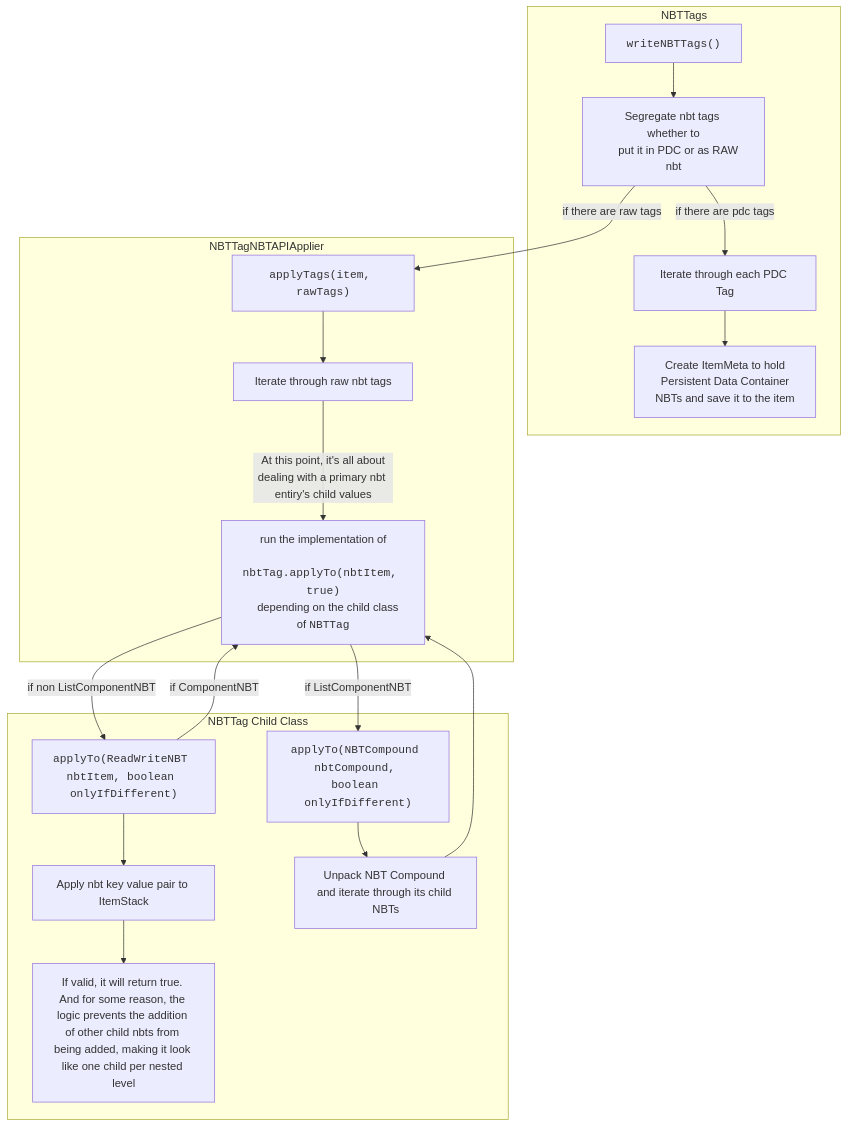
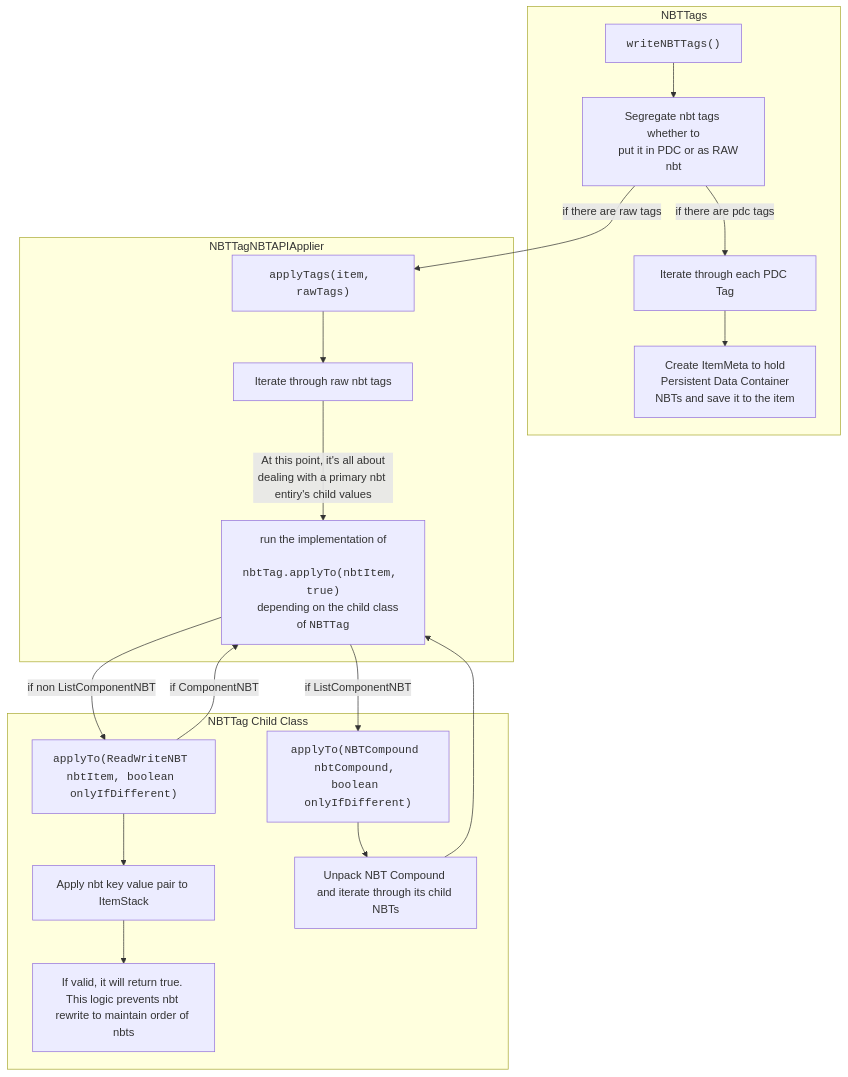
One commit to Ssomar-Developement/SCore-Documentation changed the second of 2 diagrams in docs/score/execution_flows/processing_nbt_to_items.md. Above: the diagram before and after it, drawn with Mermaid.

````diff
--- a/docs/score/execution_flows/processing_nbt_to_items.md
+++ b/docs/score/execution_flows/processing_nbt_to_items.md
@@ -280,53 +280,53 @@
 ```mermaid
 flowchart TD
   subgraph NBTTags
     writeNBTTags["<code>writeNBTTags()</code>"]
     listDownPdcRaws["Segregate nbt tags whether to
     put it in PDC or as RAW nbt"]
 
     iteratePdcTags["Iterate through each PDC Tag"]
 
     createItemMeta["Create ItemMeta to hold
     Persistent Data Container
     NBTs and save it to the item"]    
 
   end
 
   subgraph NBTTagNBTAPIApplier
     applyRawTags["<code>applyTags(item, rawTags)</code>"]
 
     iterateThroughRaws["Iterate through raw nbt tags"]
 
     applyTo["run the implementation of
     <code>nbtTag.applyTo(nbtItem, true)</code>
     depending on the child class of <code>NBTTag</code>"]
   end
 
   subgraph NBTTag Child Class
     implementedApplyTo["<code>applyTo(ReadWriteNBT nbtItem, boolean onlyIfDifferent)</code>"]
 
     applyNbtKeyVal["Apply nbt key value pair to ItemStack"]
 
     componentApplyTo["<code>applyTo(NBTCompound nbtCompound, boolean onlyIfDifferent)</code>"]
     iterateThroughChildNbts["Unpack NBT Compound and iterate through its child NBTs"]
 
-    ifValid["If valid, it will return true. And for some reason, the logic prevents the addition of other child nbts from being added, making it look like one child per nested level"]
+    ifValid["If valid, it will return true. This logic prevents nbt rewrite to maintain order of nbts"]
   end
 
   writeNBTTags --> listDownPdcRaws
   listDownPdcRaws -- "if there are pdc tags" --> iteratePdcTags
   iteratePdcTags --> createItemMeta
 
   listDownPdcRaws -- "if there are raw tags" --> applyRawTags
   applyRawTags --> iterateThroughRaws
   iterateThroughRaws -- "At this point, it's all about<br/>dealing with a primary nbt entiry's child values" --> applyTo
 
   applyTo -- "if non ListComponentNBT" --> implementedApplyTo
   implementedApplyTo -- "if ComponentNBT" --> applyTo
   implementedApplyTo --> applyNbtKeyVal
   applyNbtKeyVal --> ifValid
 
   applyTo -- "if ListComponentNBT" --> componentApplyTo
   componentApplyTo --> iterateThroughChildNbts
   iterateThroughChildNbts --> applyTo
 ```
````
